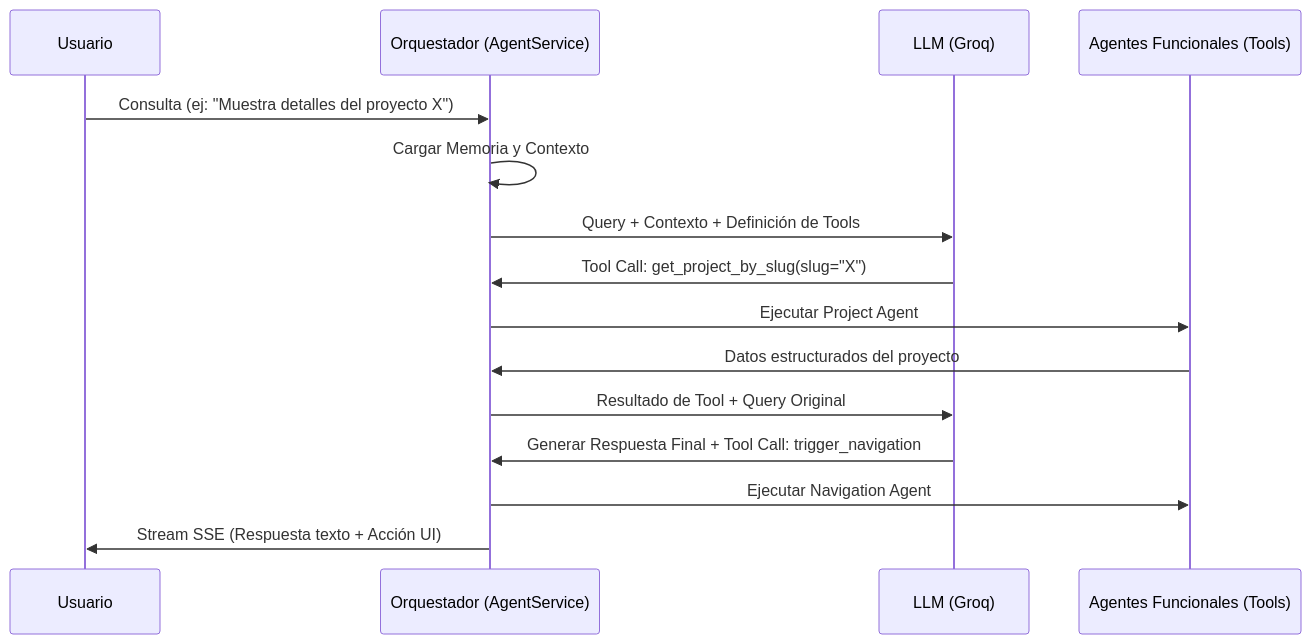
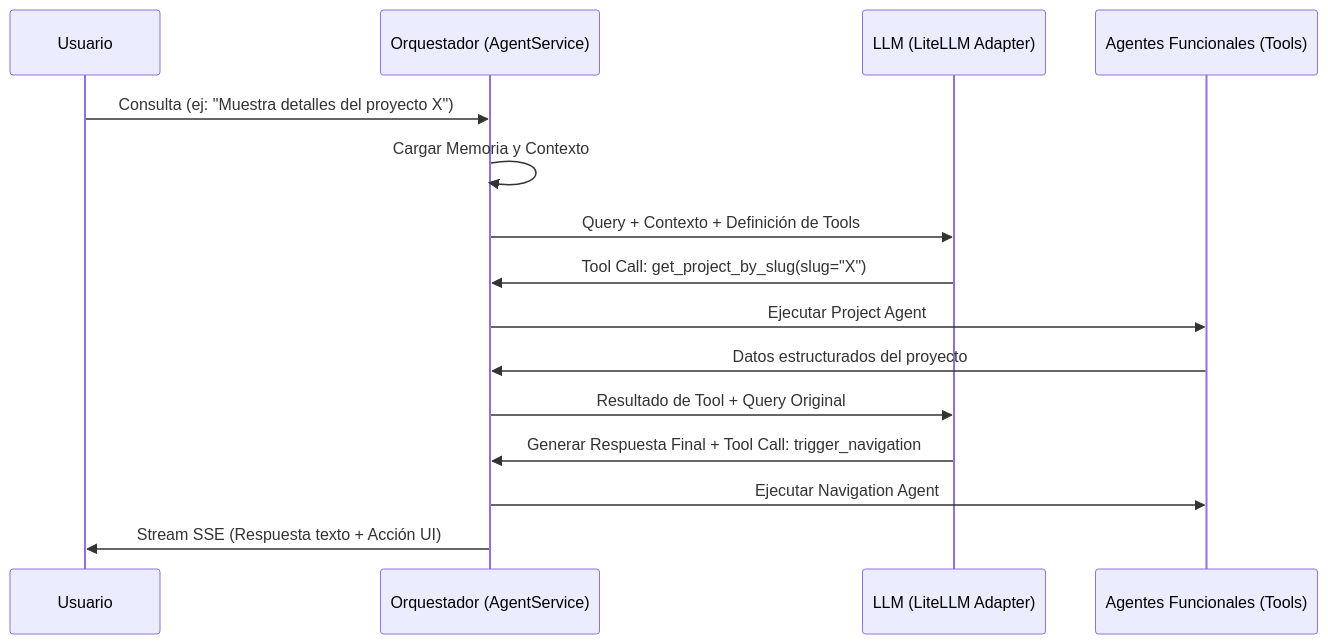
The second of 2 diagrams in README.md (amnotwallas/walter-ai), drawn with Mermaid before and after one commit. The commit also changed other lines of this file, not shown here.

Commit message:
fix(docs): update README to reflect architecture changes and LLM integration with LiteLLM

````diff
--- a/README.md
+++ b/README.md
@@ -108,18 +197,18 @@
 ```mermaid
 sequenceDiagram
     participant U as Usuario
     participant O as Orquestador (AgentService)
-    participant L as LLM (Groq)
+    participant L as LLM (LiteLLM Adapter)
     participant A as Agentes Funcionales (Tools)
 
     U->>O: Consulta (ej: "Muestra detalles del proyecto X")
     O->>O: Cargar Memoria y Contexto
     O->>L: Query + Contexto + Definición de Tools
     L->>O: Tool Call: get_project_by_slug(slug="X")
     O->>A: Ejecutar Project Agent
     A->>O: Datos estructurados del proyecto
     O->>L: Resultado de Tool + Query Original
     L->>O: Generar Respuesta Final + Tool Call: trigger_navigation
     O->>A: Ejecutar Navigation Agent
     O->>U: Stream SSE (Respuesta texto + Acción UI)
 ```
````
